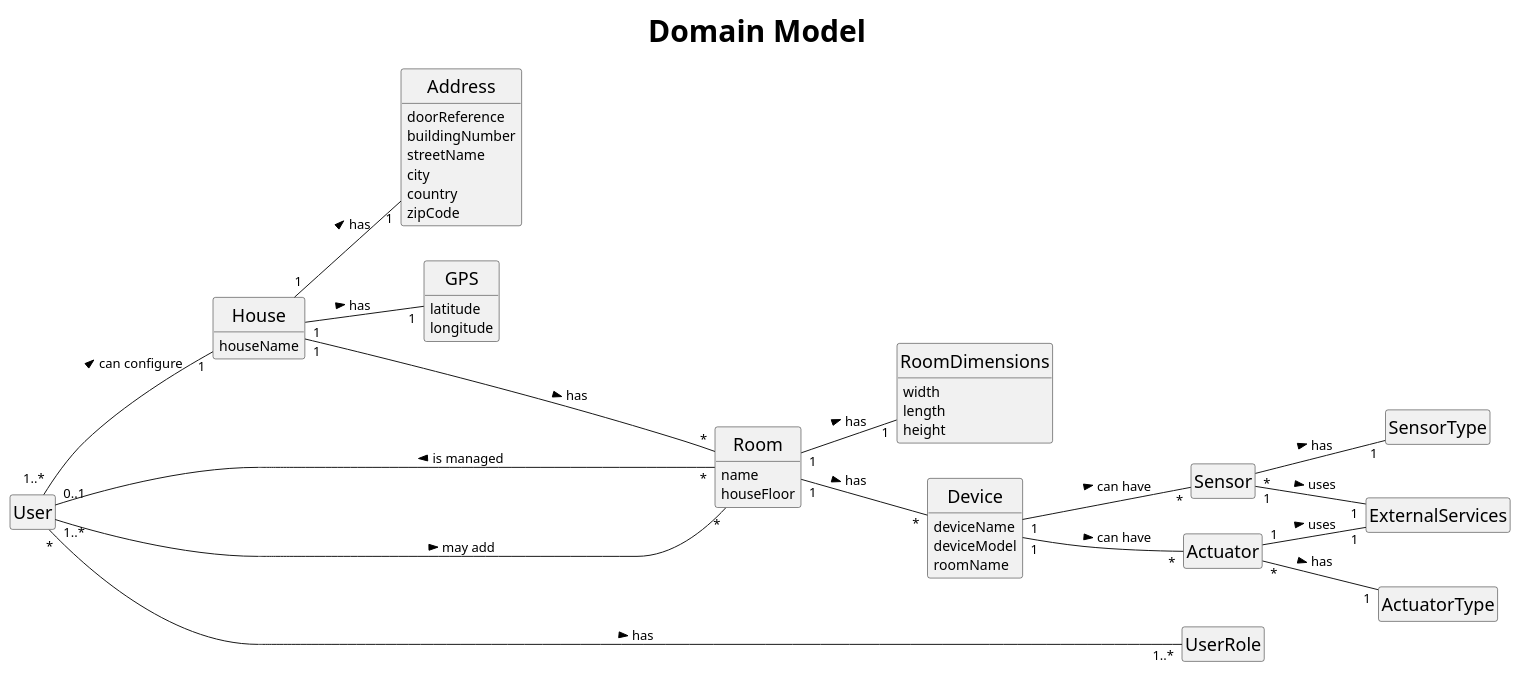
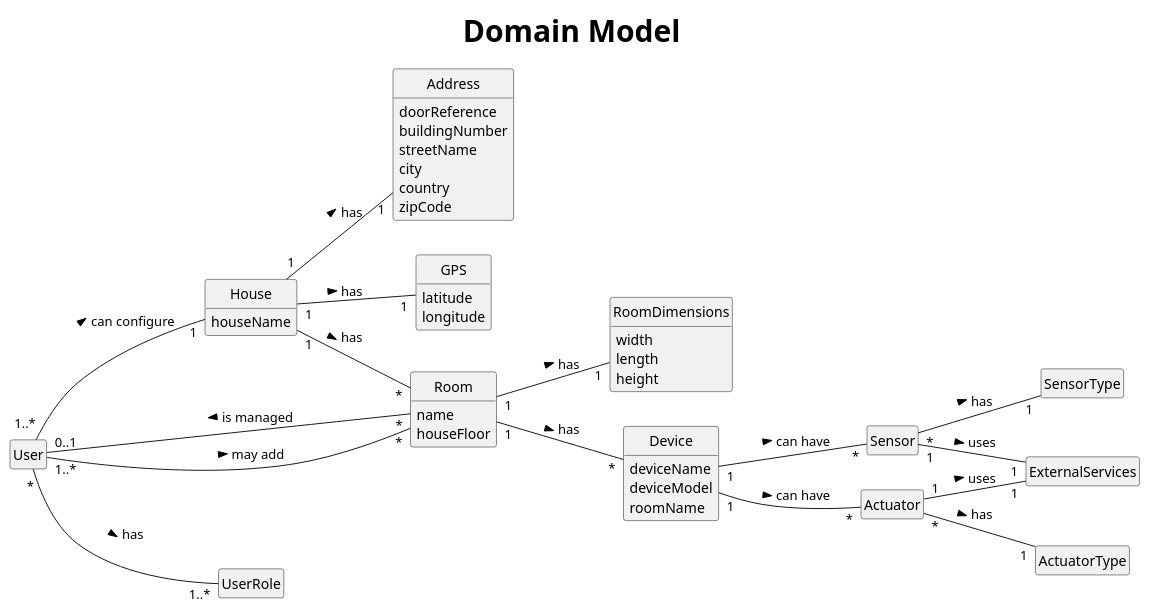
Before and after one commit to AfonsoNeves77/smartHouse: the diagram in Docs/S3DomainModel.puml, drawn with PlantUML. The commit also changed 9 other files, not shown here.

```diff
--- a/Docs/S3DomainModel.puml
+++ b/Docs/S3DomainModel.puml
@@ -1,91 +1,91 @@
 @startuml
 title <size: 30> Domain Model
 
-skinparam style strictuml
+
+hide circle
 hide empty members
 left to right direction
-skinparam ClassFontSize 18
 
 class House {
 houseName
 }
 
 class SensorType {
 }
 
 class ActuatorType {
 }
 
 class Address {
 doorReference
 buildingNumber
 streetName
 city
 country
 zipCode
 }
 
 class GPS {
 latitude
 longitude
 }
 
 class Room {
 name
 houseFloor
 }
 
 class RoomDimensions {
 width
 length
 height
 }
 
 class Device {
 deviceName
 deviceModel
 roomName
 }
 
 
 class Sensor {
 }
 
 class ExternalServices {
 }
 
 class SensorType {
 }
 
 class Actuator {
 }
 
 class ActuatorType {
 }
 
 class User {
 }
 
 class UserRole {
 }
 
-User "*" ------- "1..*" UserRole : > has
+User "*" -- "1..*" UserRole : > has
 User "1..*"-- "1" House : > can configure
 User "0..1" -- "*" Room : < is managed
-User "1..*" ----- "*" Room : > may add
+User "1..*" --- "*" Room : > may add
 
 House "1" -- "*" Room : > has
 House "1" -- "1" Address : > has
 House "1" -- "1" GPS : > has
 
 Room "1" -- "*" Device : > has
 Room "1" -- "1" RoomDimensions : > has
 
 Sensor "*" -- "1" SensorType : > has
 Actuator "*" -- "1" ActuatorType : > has
 Device "1" -- "*" Sensor : > can have
 Device "1" -- "*" Actuator : > can have
 Sensor "1" -- "1" ExternalServices : > uses
 Actuator "1" -- "1" ExternalServices : > uses
 
 @enduml
```
